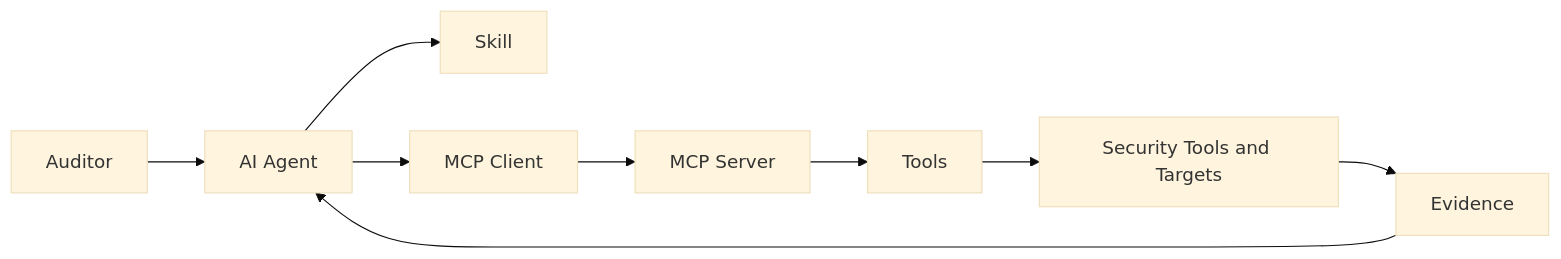
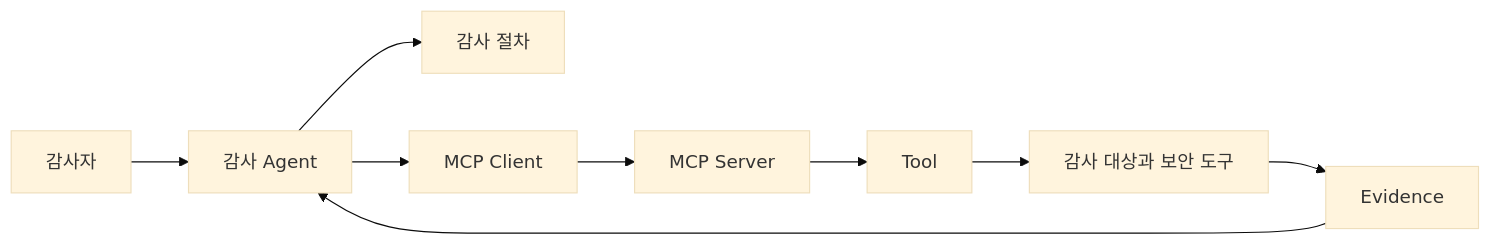
Before and after one commit to koalav/present-anyything: the diagram in decks/mobile-audit-mcp-windows/pages/02_agent_mcp_skill.md, drawn with Mermaid (base theme). The commit also changed other lines of this file and 1653 other files, not shown here.

````diff
--- a/decks/mobile-audit-mcp-windows/pages/02_agent_mcp_skill.md
+++ b/decks/mobile-audit-mcp-windows/pages/02_agent_mcp_skill.md
@@ -25,11 +25,11 @@
 ```mermaid
 flowchart LR
-    U[Auditor] --> A[AI Agent]
-    A --> S[Skill]
+    U[감사자] --> A[감사 Agent]
+    A --> S[감사 절차]
     A --> C[MCP Client]
     C --> M[MCP Server]
-    M --> T[Tools]
-    T --> R[Security Tools and Targets]
+    M --> T[Tool]
+    T --> R[감사 대상과 보안 도구]
     R --> E[Evidence]
     E --> A
 ```
````
